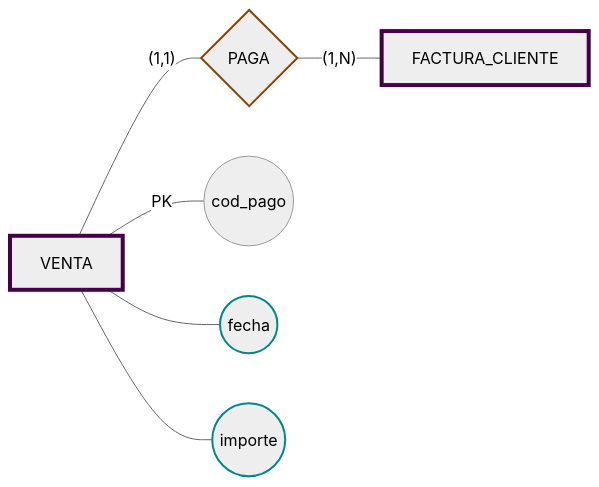
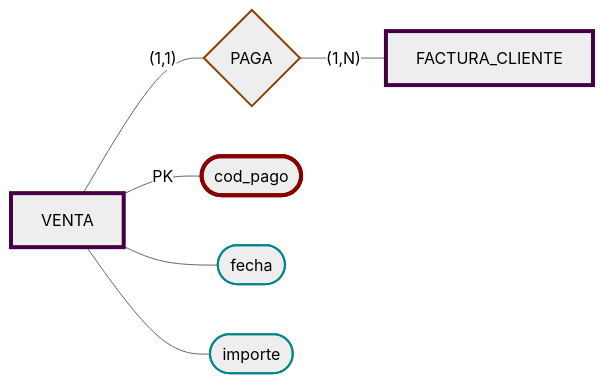
Before and after one commit to JulTob/Data: the tenth of 13 diagrams in DataBases/lonja_DB.md, drawn with Mermaid (neutral theme). The commit also changed other lines of this file, not shown here.

````diff
--- a/DataBases/lonja_DB.md
+++ b/DataBases/lonja_DB.md
@@ -555,18 +555,19 @@
 ```mermaid
 flowchart LR
   classDef entidad stroke:#404,stroke-width:4px;
   classDef relacion stroke:#840,stroke-width:2px;
   classDef atributo stroke:#088,stroke-width:2px;
+  classDef pk stroke:#800,stroke-width:4px;
 
   Factura[FACTURA_CLIENTE]:::entidad
   Pago[VENTA]:::entidad
   Rel{PAGA}:::relacion
 
-  Pago ---|PK| cod_pago((cod_pago)):::pk  
-  Pago --- fecha((fecha)):::atributo 
-  Pago --- importe((importe)):::atributo 
+  Pago ---|PK| cod_pago([cod_pago]):::pk  
+  Pago --- fecha([fecha]):::atributo 
+  Pago --- importe([importe]):::atributo 
 
    Pago ---|"(1,1)"| Rel
   Rel ---|"(1,N)"| Factura
 
 ```
````
